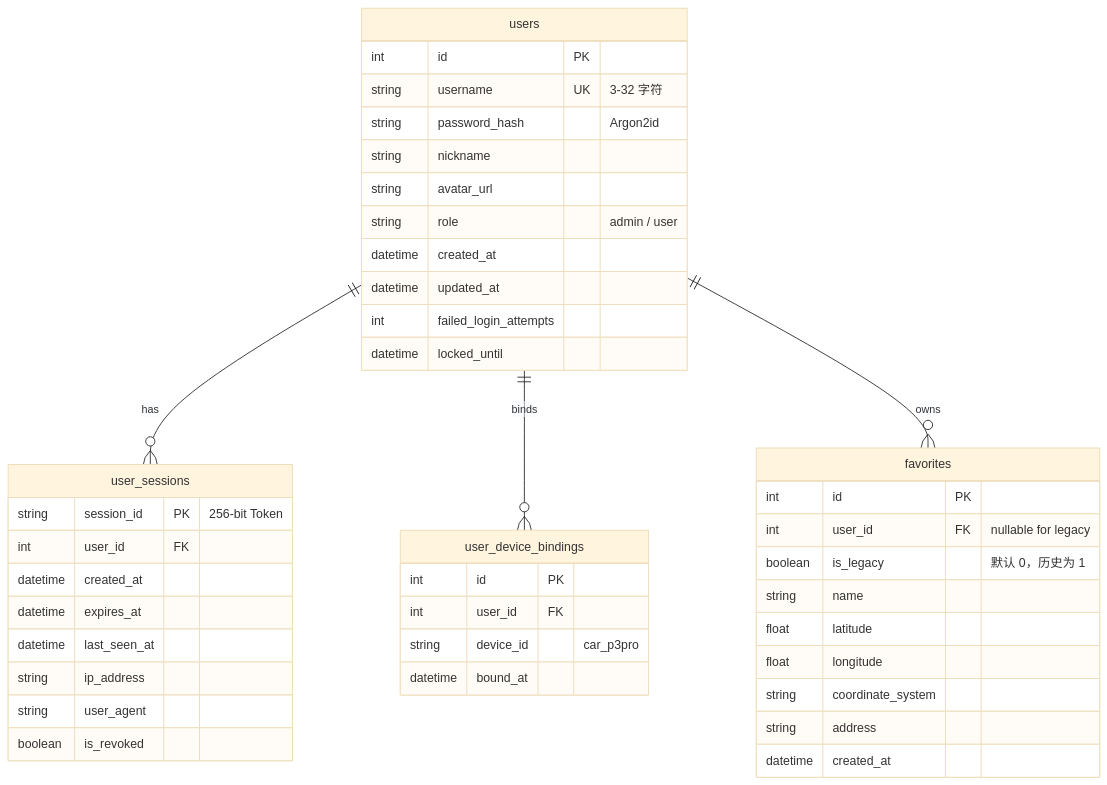
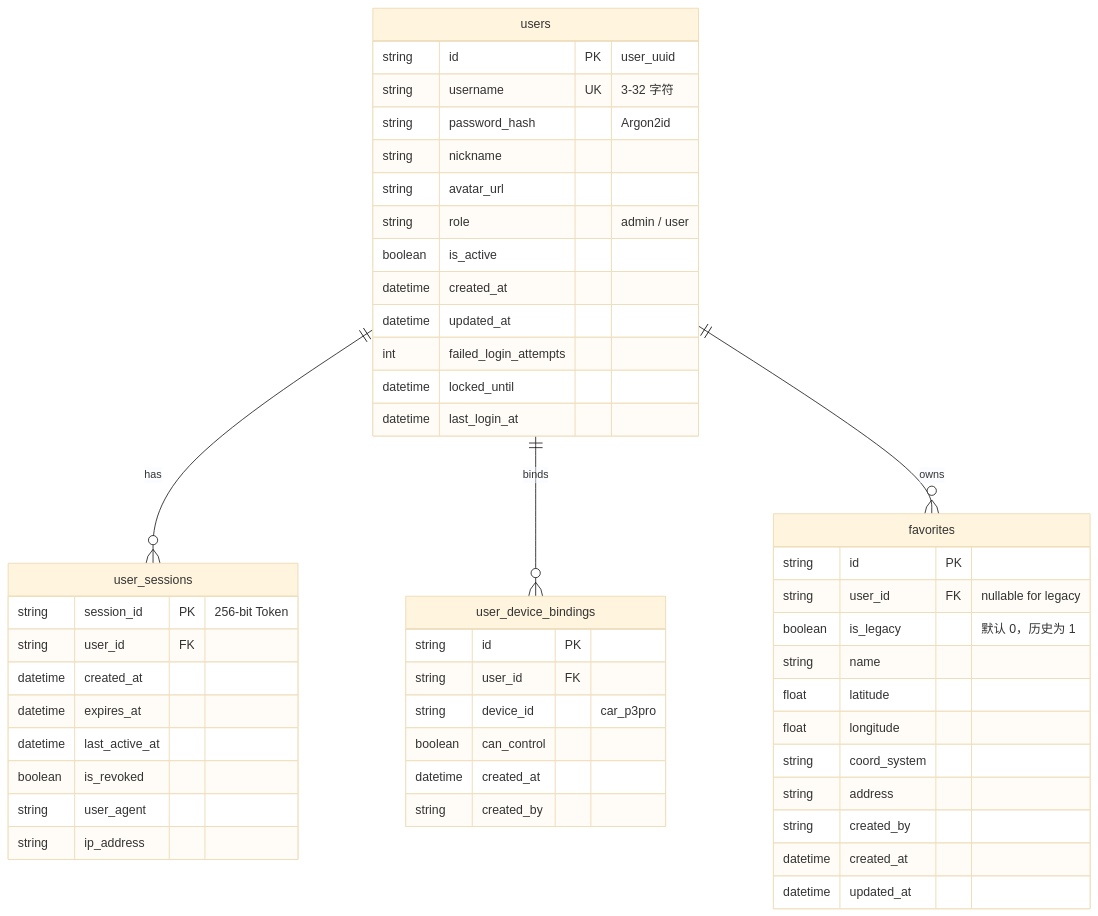
The diagram in docs/用户账户API与迁移方案.md (JamesXiaoMo/MyYaris-Backend), drawn with Mermaid (base theme) before and after one commit. The commit also changed other lines of this file, not shown here.

Commit message:
docs: update user account architecture doc with CSRF and bootstrap rules

````diff
--- a/docs/用户账户API与迁移方案.md
+++ b/docs/用户账户API与迁移方案.md
@@ -59,49 +78,55 @@
 ```mermaid
 erDiagram
     users ||--o{ user_sessions : "has"
     users ||--o{ user_device_bindings : "binds"
     users ||--o{ favorites : "owns"
 
     users {
-        int id PK
+        string id PK "user_uuid"
         string username UK "3-32 字符"
         string password_hash "Argon2id"
         string nickname
         string avatar_url
         string role "admin / user"
+        boolean is_active
         datetime created_at
         datetime updated_at
         int failed_login_attempts
         datetime locked_until
+        datetime last_login_at
     }
 
     user_sessions {
         string session_id PK "256-bit Token"
-        int user_id FK
+        string user_id FK
         datetime created_at
         datetime expires_at
-        datetime last_seen_at
+        datetime last_active_at
+        boolean is_revoked
+        string user_agent
         string ip_address
-        string user_agent
-        boolean is_revoked
     }
 
     user_device_bindings {
-        int id PK
-        int user_id FK
+        string id PK
+        string user_id FK
         string device_id "car_p3pro"
-        datetime bound_at
+        boolean can_control
+        datetime created_at
+        string created_by
     }
 
     favorites {
-        int id PK
-        int user_id FK "nullable for legacy"
+        string id PK
+        string user_id FK "nullable for legacy"
         boolean is_legacy "默认 0，历史为 1"
         string name
         float latitude
         float longitude
-        string coordinate_system
+        string coord_system
         string address
+        string created_by
         datetime created_at
+        datetime updated_at
     }
 ```
````
